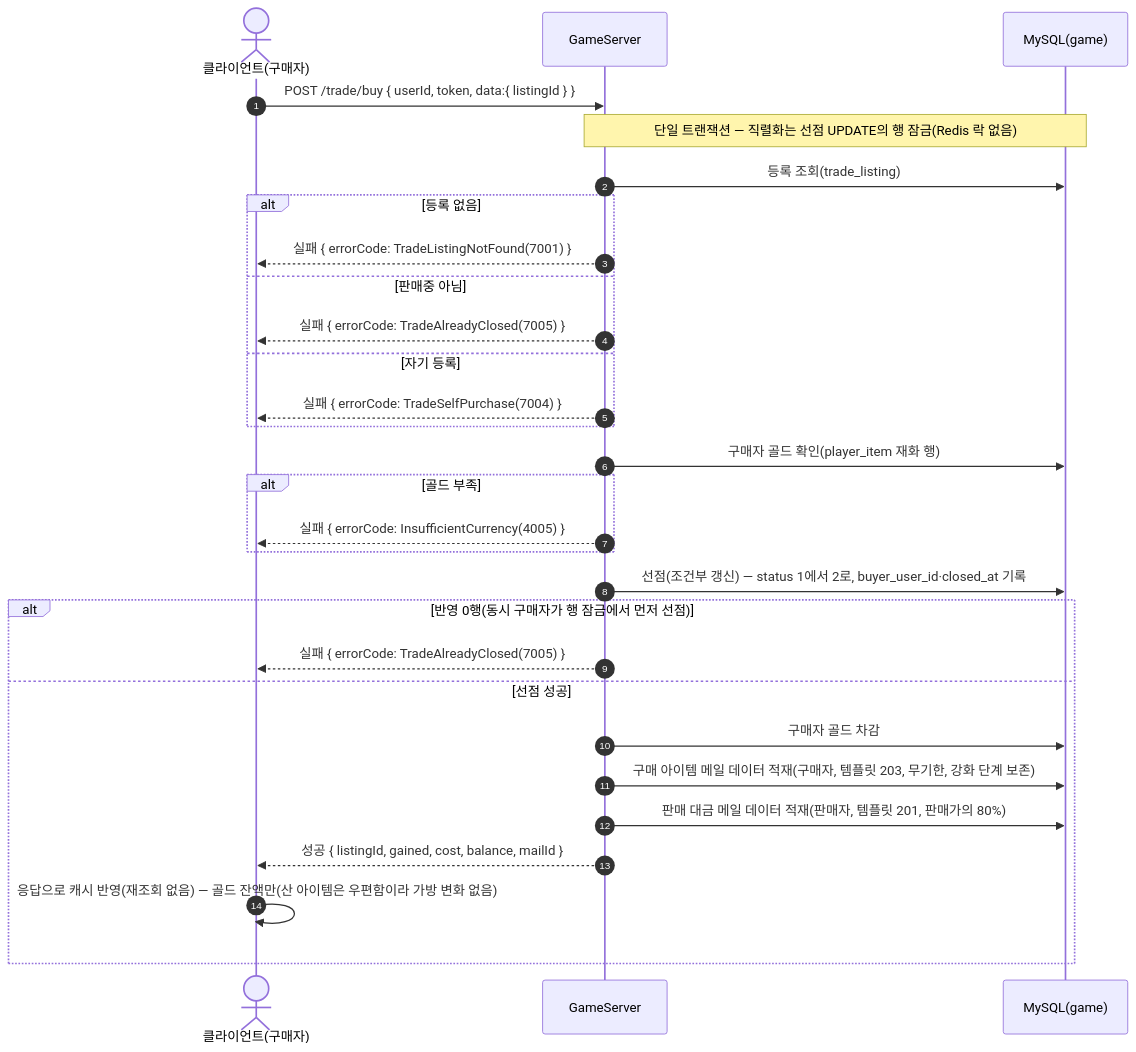
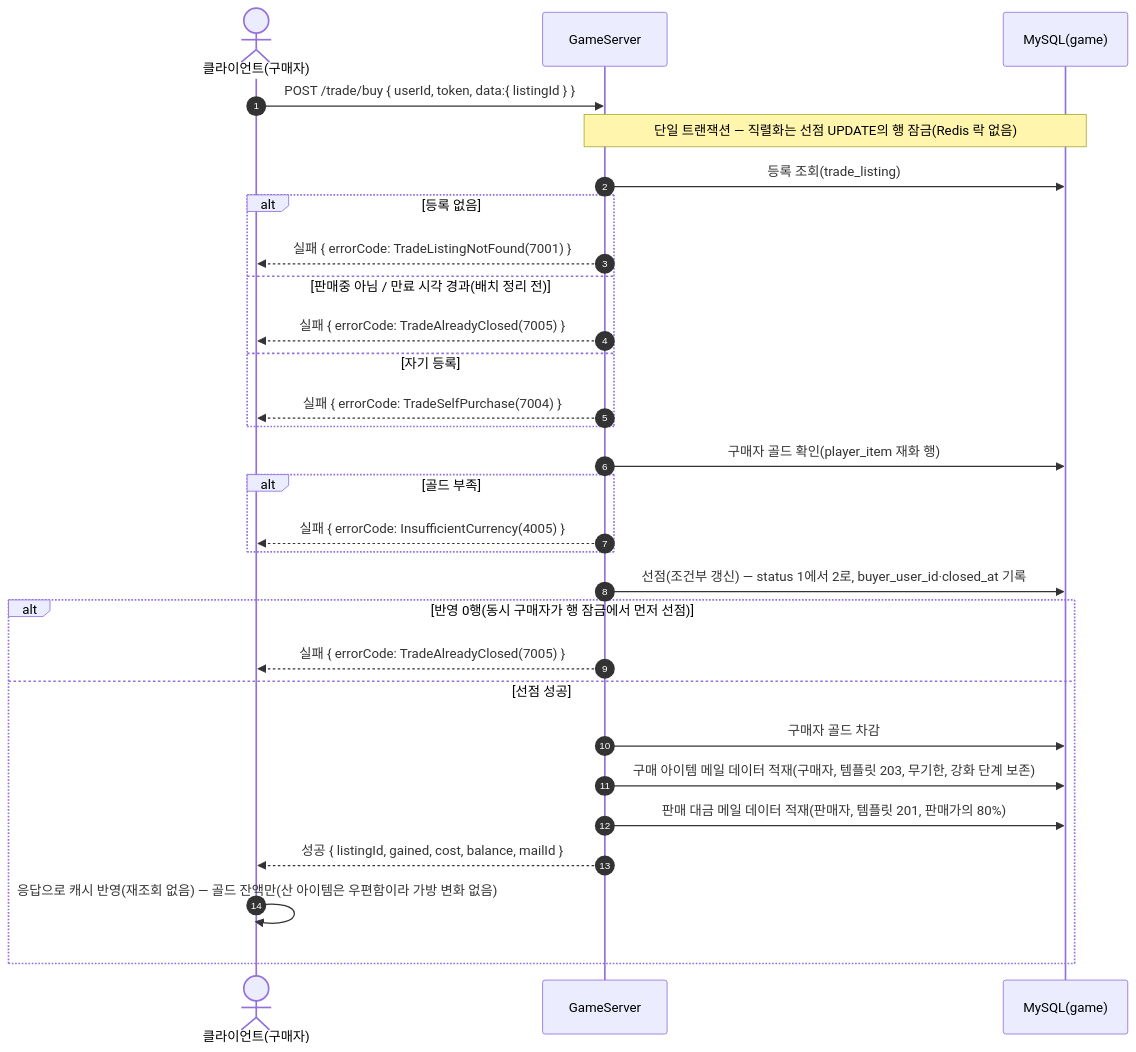
One commit to ks-wook/com2us-taskbar-hero changed diagram 28 of 39 in SequenceDiagram/README.md. Above: the diagram before and after it, drawn with Mermaid. The commit also changed other lines of this file and 7 other files, not shown here.

````diff
--- a/SequenceDiagram/README.md
+++ b/SequenceDiagram/README.md
@@ -874,32 +875,32 @@
 ```mermaid
 sequenceDiagram
     autonumber
     actor C as 클라이언트(구매자)
     participant S as GameServer
     participant DB as MySQL(game)
 
     C->>S: POST /trade/buy { userId, token, data:{ listingId } }
     Note over S,DB: 단일 트랜잭션 — 직렬화는 선점 UPDATE의 행 잠금(Redis 락 없음)
     S->>DB: 등록 조회(trade_listing)
     alt 등록 없음
         S-->>C: 실패 { errorCode: TradeListingNotFound(7001) }
-    else 판매중 아님
+    else 판매중 아님 / 만료 시각 경과(배치 정리 전)
         S-->>C: 실패 { errorCode: TradeAlreadyClosed(7005) }
     else 자기 등록
         S-->>C: 실패 { errorCode: TradeSelfPurchase(7004) }
     end
     S->>DB: 구매자 골드 확인(player_item 재화 행)
     alt 골드 부족
         S-->>C: 실패 { errorCode: InsufficientCurrency(4005) }
     end
     S->>DB: 선점(조건부 갱신) — status 1에서 2로, buyer_user_id·closed_at 기록
     alt 반영 0행(동시 구매자가 행 잠금에서 먼저 선점)
         S-->>C: 실패 { errorCode: TradeAlreadyClosed(7005) }
     else 선점 성공
         S->>DB: 구매자 골드 차감
         S->>DB: 구매 아이템 메일 데이터 적재(구매자, 템플릿 203, 무기한, 강화 단계 보존)
         S->>DB: 판매 대금 메일 데이터 적재(판매자, 템플릿 201, 판매가의 80%)
         S-->>C: 성공 { listingId, gained, cost, balance, mailId }
         C->>C: 응답으로 캐시 반영(재조회 없음) — 골드 잔액만(산 아이템은 우편함이라 가방 변화 없음)
     end
 ```
````
